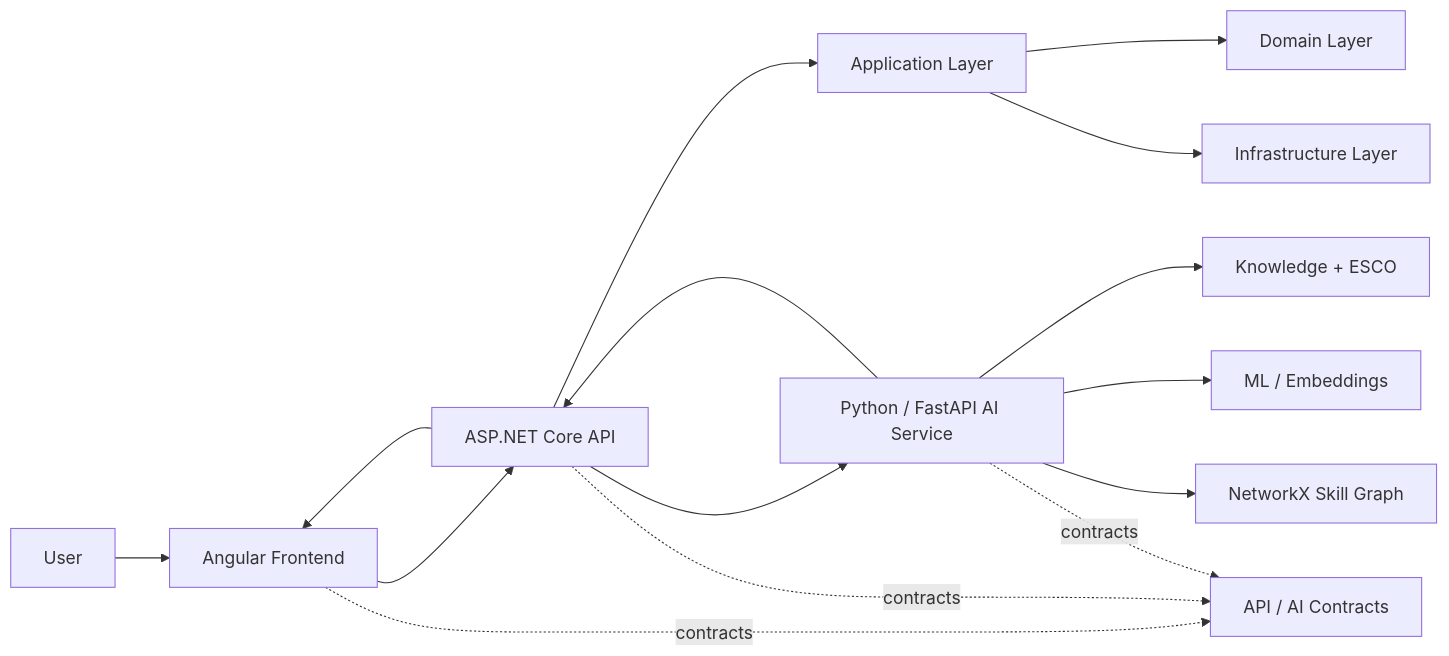
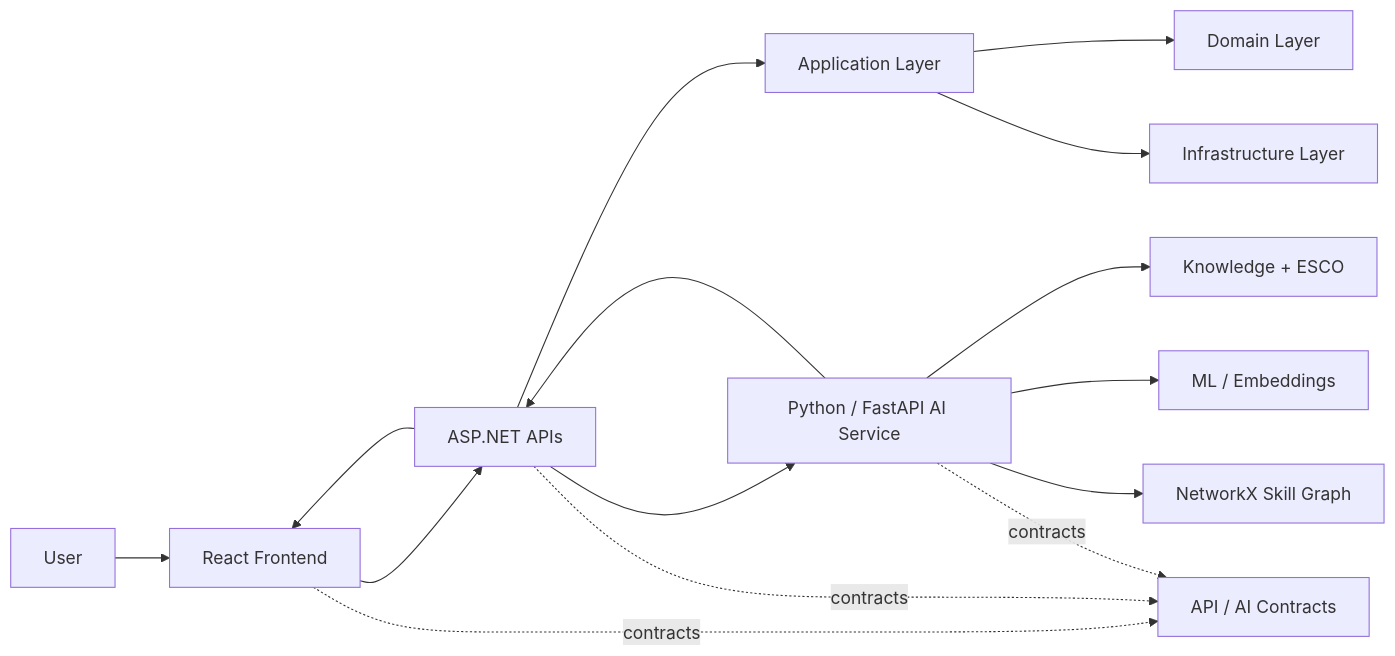
One commit to CS-U-G/PathGraph changed the diagram in README.md. Above: the diagram before and after it, drawn with Mermaid. The commit also changed other lines of this file, not shown here.

Commit message:
docs: update README to reflect React migration and add tech stack badges

````diff
--- a/README.md
+++ b/README.md
@@ -10,21 +38,21 @@
 ```mermaid
 flowchart LR
-    U[User] --> FE[Angular Frontend]
-    FE --> API[ASP.NET Core API]
+    U[User] --> FE[React Frontend]
+    FE --> API[ASP.NET APIs]
 
     API --> APP[Application Layer]
     APP --> DOM[Domain Layer]
     APP --> INF[Infrastructure Layer]
 
     API --> AI[Python / FastAPI AI Service]
     AI --> KG[Knowledge + ESCO]
     AI --> ML[ML / Embeddings]
     AI --> G[NetworkX Skill Graph]
 
     FE -. contracts .-> C[API / AI Contracts]
     API -. contracts .-> C
     AI -. contracts .-> C
 
     AI --> API
     API --> FE
 ```
````
